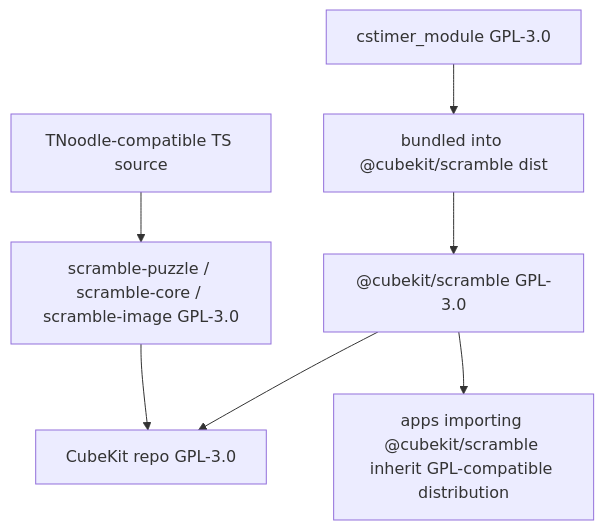
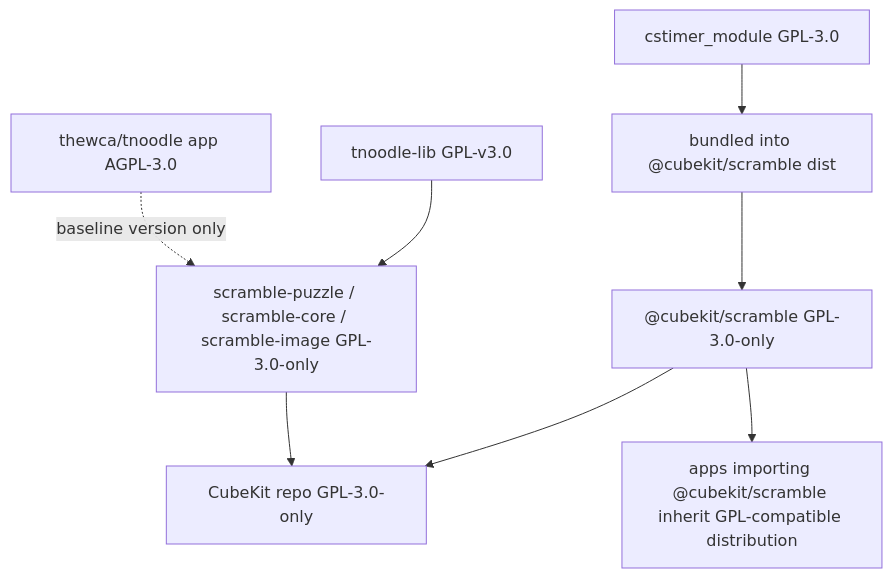
The diagram in docs/dependency-licensing.md (deweyou/cube-kit), drawn with Mermaid before and after one commit. The commit also changed other lines of this file and 10 other files, not shown here.

````diff
--- a/docs/dependency-licensing.md
+++ b/docs/dependency-licensing.md
@@ -3,9 +3,10 @@
 ```mermaid
 flowchart TD
     Cstimer["cstimer_module GPL-3.0"] --> Bundle["bundled into @cubekit/scramble dist"]
-    Bundle --> ScrambleLicense["@cubekit/scramble GPL-3.0"]
-    ScrambleLicense --> RepoLicense["CubeKit repo GPL-3.0"]
+    Bundle --> ScrambleLicense["@cubekit/scramble GPL-3.0-only"]
+    ScrambleLicense --> RepoLicense["CubeKit repo GPL-3.0-only"]
     ScrambleLicense --> Apps["apps importing @cubekit/scramble inherit GPL-compatible distribution"]
-    TnoodlePort["TNoodle-compatible TS source"] --> NewPackages["scramble-puzzle / scramble-core / scramble-image GPL-3.0"]
+    TnoodleLib["tnoodle-lib GPL-v3.0"] --> NewPackages["scramble-puzzle / scramble-core / scramble-image GPL-3.0-only"]
     NewPackages --> RepoLicense
+    TnoodleApp["thewca/tnoodle app AGPL-3.0"] -. "baseline version only" .-> NewPackages
 ```
````
